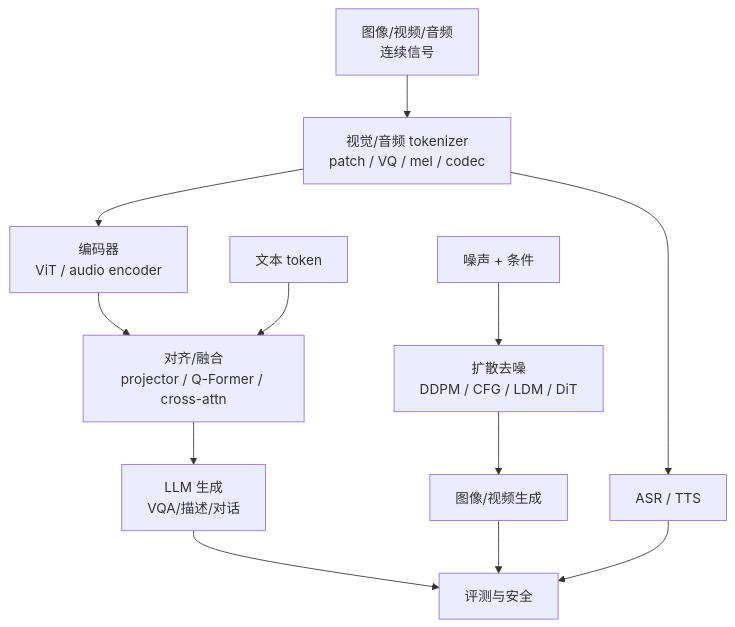
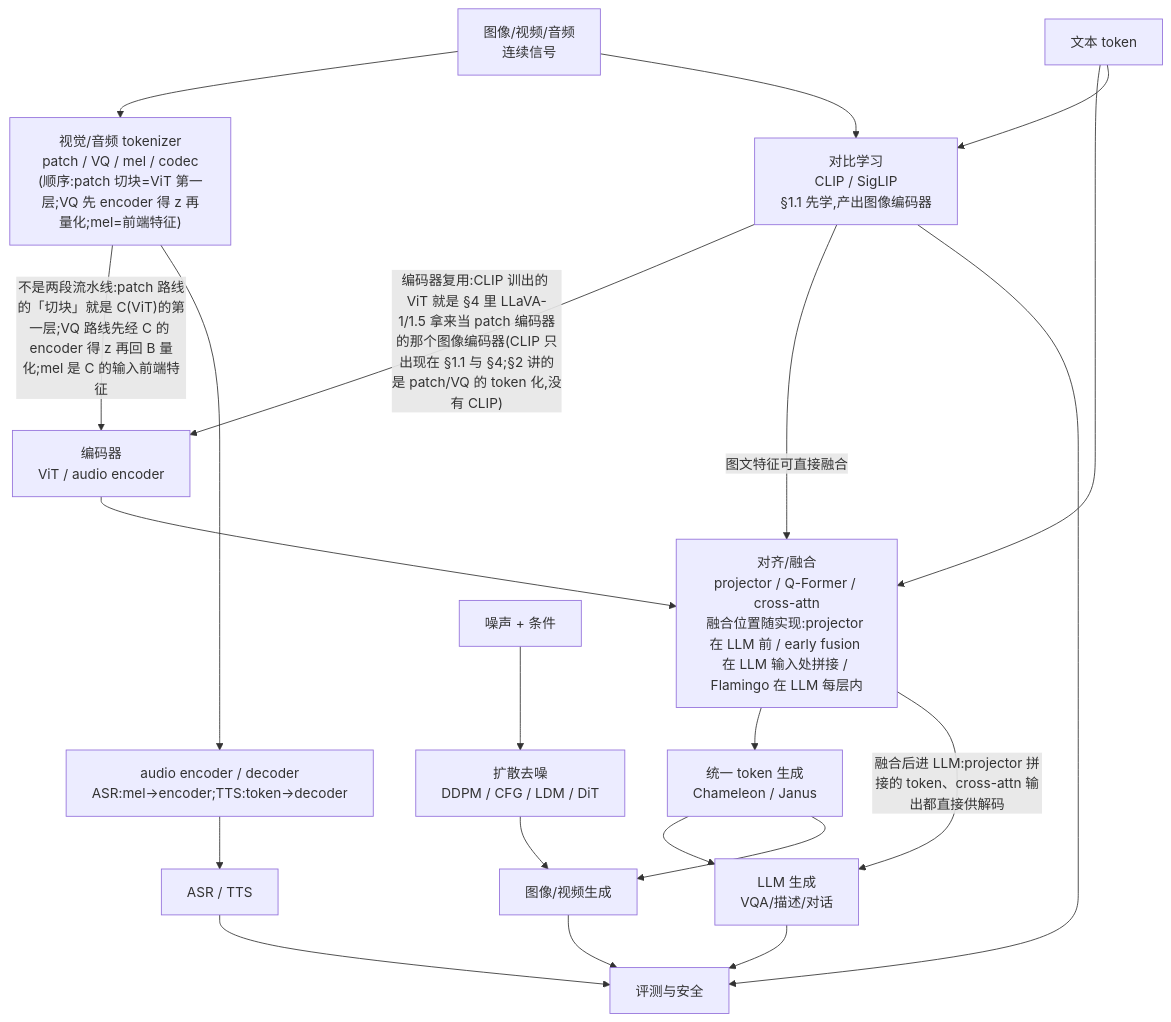
Before and after one commit to Xingkai98/ai-infra-notes-site: the diagram in docs/notes/19_multimodal_deep.md, drawn with Mermaid. The commit also changed other lines of this file and 7 other files, not shown here.

````diff
--- a/docs/notes/19_multimodal_deep.md
+++ b/docs/notes/19_multimodal_deep.md
@@ -25,14 +27,23 @@
 ```mermaid
 graph TD
-  A["图像/视频/音频<br/>连续信号"] --> B["视觉/音频 tokenizer<br/>patch / VQ / mel / codec"]
-  B --> C["编码器<br/>ViT / audio encoder"]
-  C --> D["对齐/融合<br/>projector / Q-Former / cross-attn"]
+  A["图像/视频/音频<br/>连续信号"] --> B["视觉/音频 tokenizer<br/>patch / VQ / mel / codec<br/>(顺序:patch 切块=ViT 第一层;VQ 先 encoder 得 z 再量化;mel=前端特征)"]
+  B -->|"不是两段流水线:patch 路线的「切块」就是 C(ViT)的第一层;VQ 路线先经 C 的 encoder 得 z 再回 B 量化;mel 是 C 的输入前端特征"| C["编码器<br/>ViT / audio encoder"]
+  C --> D["对齐/融合<br/>projector / Q-Former / cross-attn<br/>融合位置随实现:projector 在 LLM 前 / early fusion 在 LLM 输入处拼接 / Flamingo 在 LLM 每层内"]
   E["文本 token"] --> D
-  D --> F["LLM 生成<br/>VQA/描述/对话"]
+  A --> L1["对比学习<br/>CLIP / SigLIP<br/>§1.1 先学,产出图像编码器"]
+  E --> L1
+  L1 -->|"编码器复用:CLIP 训出的 ViT 就是 §4 里 LLaVA-1/1.5 拿来当 patch 编码器的那个图像编码器(CLIP 只出现在 §1.1 与 §4;§2 讲的是 patch/VQ 的 token 化,没有 CLIP)"| C
+  L1 -->|"图文特征可直接融合"| D
+  L1 --> K
+  D --> L2["统一 token 生成<br/>Chameleon / Janus"]
+  L2 --> F
+  L2 --> I
+  D -->|"融合后进 LLM:projector 拼接的 token、cross-attn 输出都直接供解码"| F["LLM 生成<br/>VQA/描述/对话"]
   G["噪声 + 条件"] --> H["扩散去噪<br/>DDPM / CFG / LDM / DiT"]
   H --> I["图像/视频生成"]
-  B --> J["ASR / TTS"]
+  B --> C2["audio encoder / decoder<br/>ASR:mel→encoder;TTS:token→decoder"]
+  C2 --> J["ASR / TTS"]
   F --> K["评测与安全"]
   I --> K
   J --> K
 ```
````
